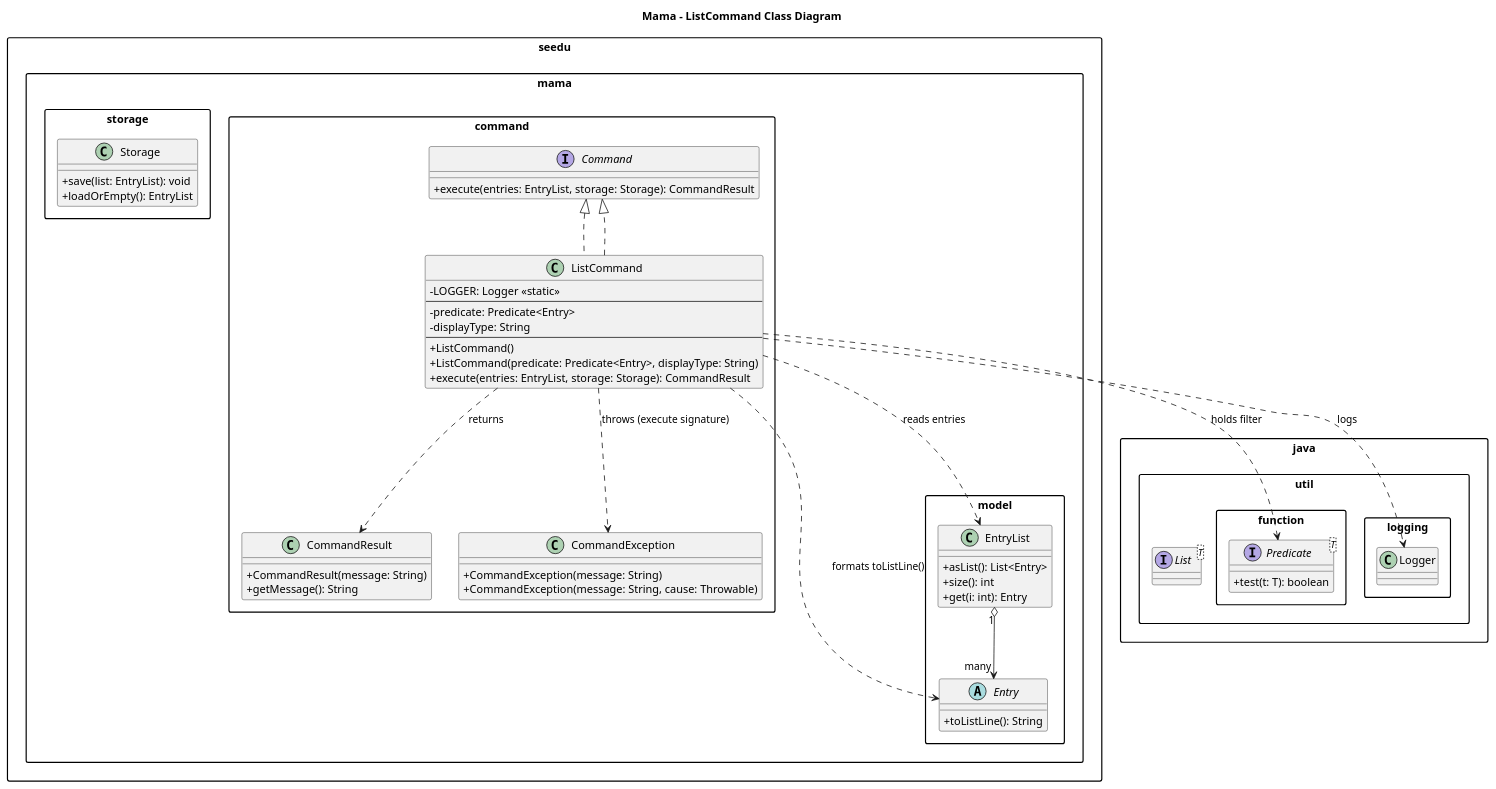
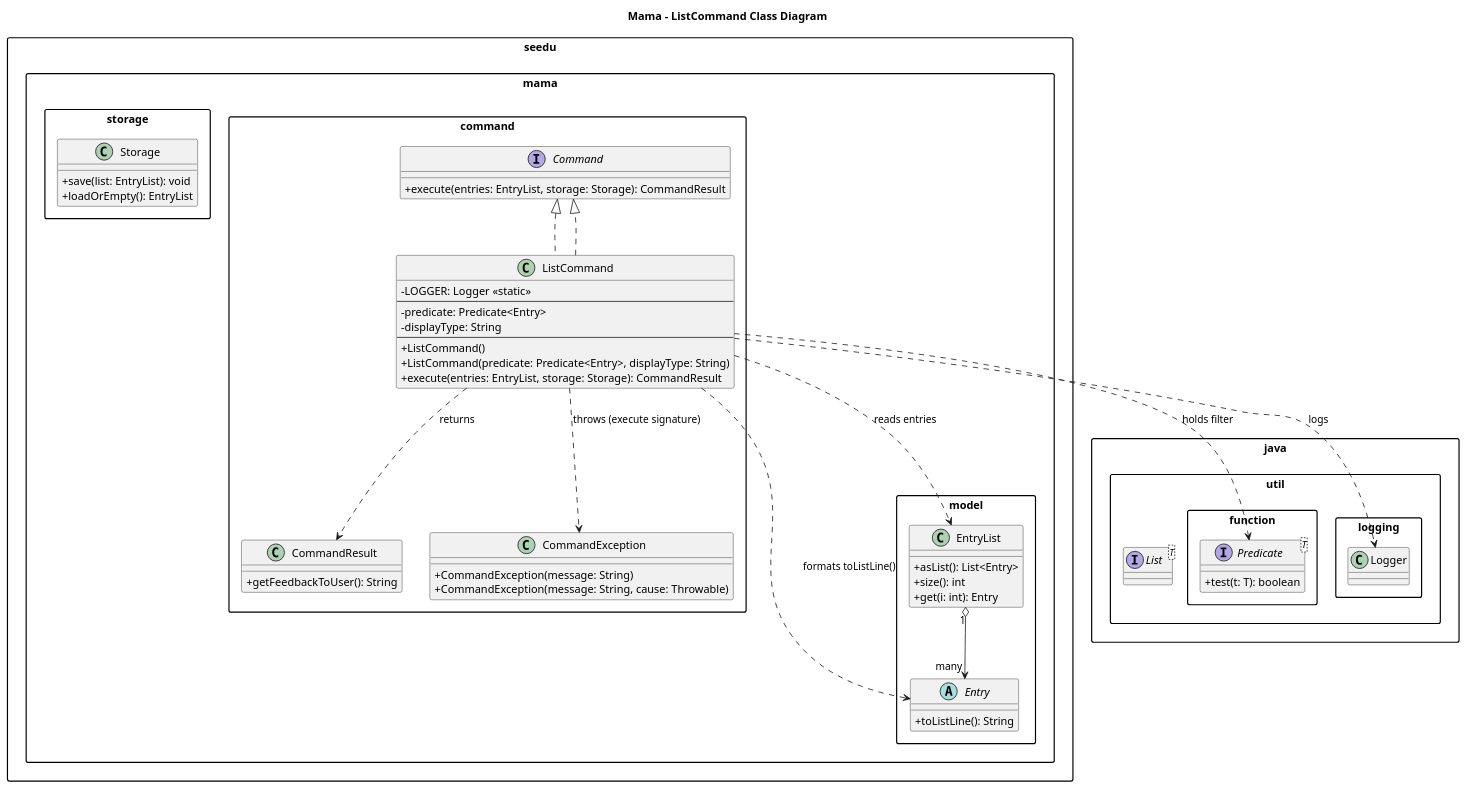
One commit to Ibrashoukry/tp changed the diagram in docs/diagrams/ListCommandDiagram.puml. Above: the diagram before and after it, drawn with PlantUML. The commit also changed 10 other files, not shown here.

Commit message:
add class and sequence diagrams and updated DG for listCommand and dashboard

```diff
--- a/docs/diagrams/ListCommandDiagram.puml
+++ b/docs/diagrams/ListCommandDiagram.puml
@@ -1,77 +1,76 @@
 @startuml
 title Mama – ListCommand Class Diagram
 
 skinparam classAttributeIconSize 0
 skinparam packageStyle rectangle
 
 package "seedu.mama.command" {
   interface Command {
     +execute(entries: EntryList, storage: Storage): CommandResult
   }
 
   class CommandResult {
-    +CommandResult(message: String)
-    +getMessage(): String
+    +getFeedbackToUser(): String
   }
 
   class CommandException {
     +CommandException(message: String)
     +CommandException(message: String, cause: Throwable)
   }
 
   class ListCommand implements Command {
     -LOGGER: Logger <<static>>
     --
     -predicate: Predicate<Entry>
     -displayType: String
     --
     +ListCommand()
     +ListCommand(predicate: Predicate<Entry>, displayType: String)
     +execute(entries: EntryList, storage: Storage): CommandResult
   }
 }
 
 package "seedu.mama.model" {
   abstract class Entry {
     +toListLine(): String
   }
 
   class EntryList {
     +asList(): List<Entry>
     +size(): int
     +get(i: int): Entry
   }
 }
 
 package "seedu.mama.storage" {
   class Storage {
     +save(list: EntryList): void
     +loadOrEmpty(): EntryList
   }
 }
 
 package "java.util" {
   interface List<T>
 }
 
 package "java.util.function" {
   interface Predicate<T> {
     +test(t: T): boolean
   }
 }
 
 package "java.util.logging" {
   class Logger
 }
 
 ' Relationships
 ListCommand ..|> Command
 ListCommand ..> Predicate : holds filter
 ListCommand ..> EntryList : reads entries
 ListCommand ..> Entry : formats toListLine()
 ListCommand ..> CommandResult : returns
 ListCommand ..> CommandException : throws (execute signature)
 ListCommand ..> Logger : logs
 
 EntryList "1" o--> "many" Entry
 @enduml
```
